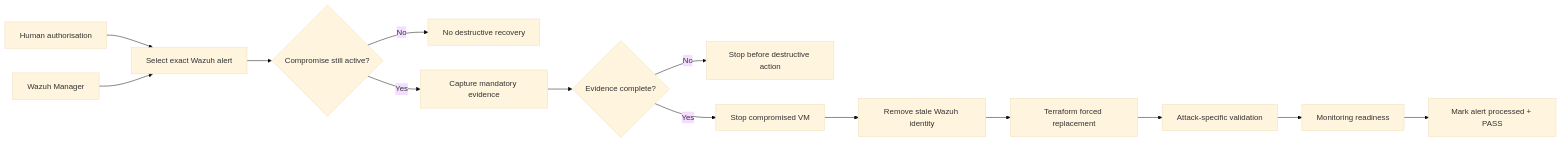
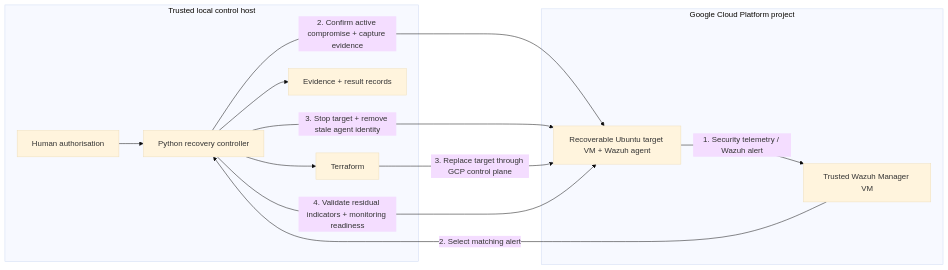
Before and after one commit to NAYMLESS008/iac-self-healing-thesis: the diagram in README.md, drawn with Mermaid (base theme). The commit also changed other lines of this file and 14 other files, not shown here.

````diff
--- a/README.md
+++ b/README.md
@@ -31,16 +23,24 @@
 ```mermaid
 flowchart LR
-    H[Human authorisation] --> A[Select exact Wazuh alert]
-    W[Wazuh Manager] --> A
-    A --> B{Compromise still active?}
-    B -- No --> X[No destructive recovery]
-    B -- Yes --> C[Capture mandatory evidence]
-    C --> D{Evidence complete?}
-    D -- No --> Y[Stop before destructive action]
-    D -- Yes --> E[Stop compromised VM]
-    E --> F[Remove stale Wazuh identity]
-    F --> G[Terraform forced replacement]
-    G --> I[Attack-specific validation]
-    I --> J[Monitoring readiness]
-    J --> K[Mark alert processed + PASS]
+    subgraph LOCAL[Trusted local control host]
+      H[Human authorisation]
+      C[Python recovery controller]
+      T[Terraform]
+      R[Evidence + result records]
+    end
+
+    subgraph GCP[Google Cloud Platform project]
+      W[Trusted Wazuh Manager VM]
+      V[Recoverable Ubuntu target VM + Wazuh agent]
+    end
+
+    V -->|1. Security telemetry / Wazuh alert| W
+    H --> C
+    W -->|2. Select matching alert| C
+    C -->|2. Confirm active compromise + capture evidence| V
+    C -->|3. Stop target + remove stale agent identity| V
+    C --> T
+    T -->|3. Replace target through GCP control plane| V
+    C -->|4. Validate residual indicators + monitoring readiness| V
+    C --> R
 ```
````
